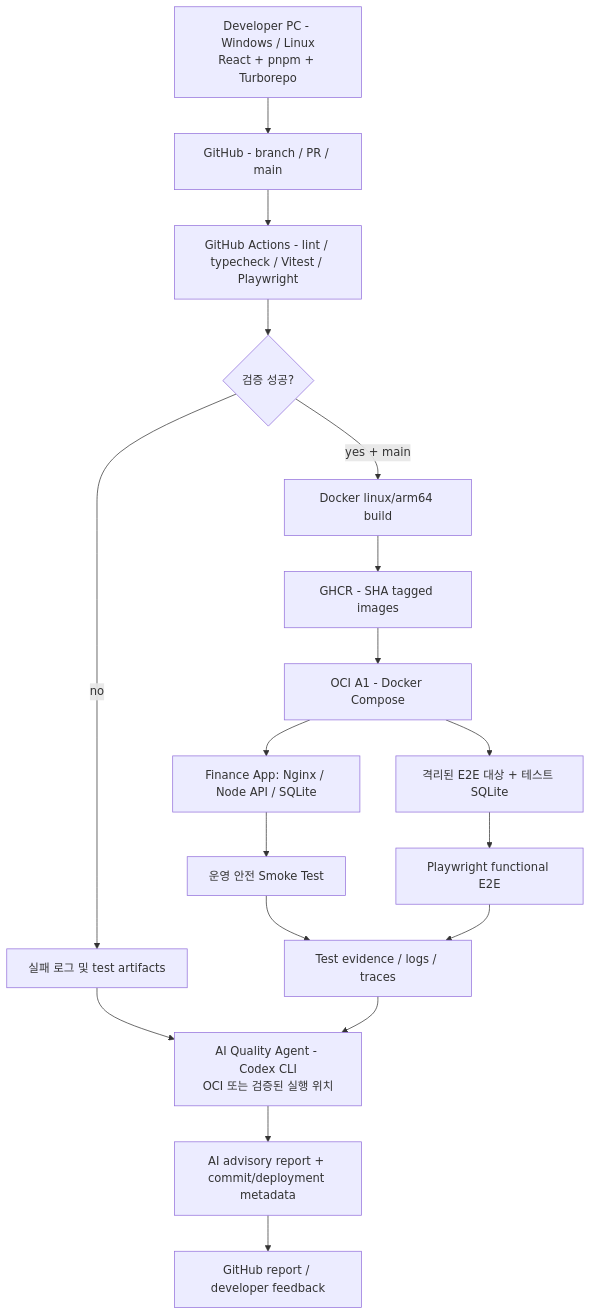
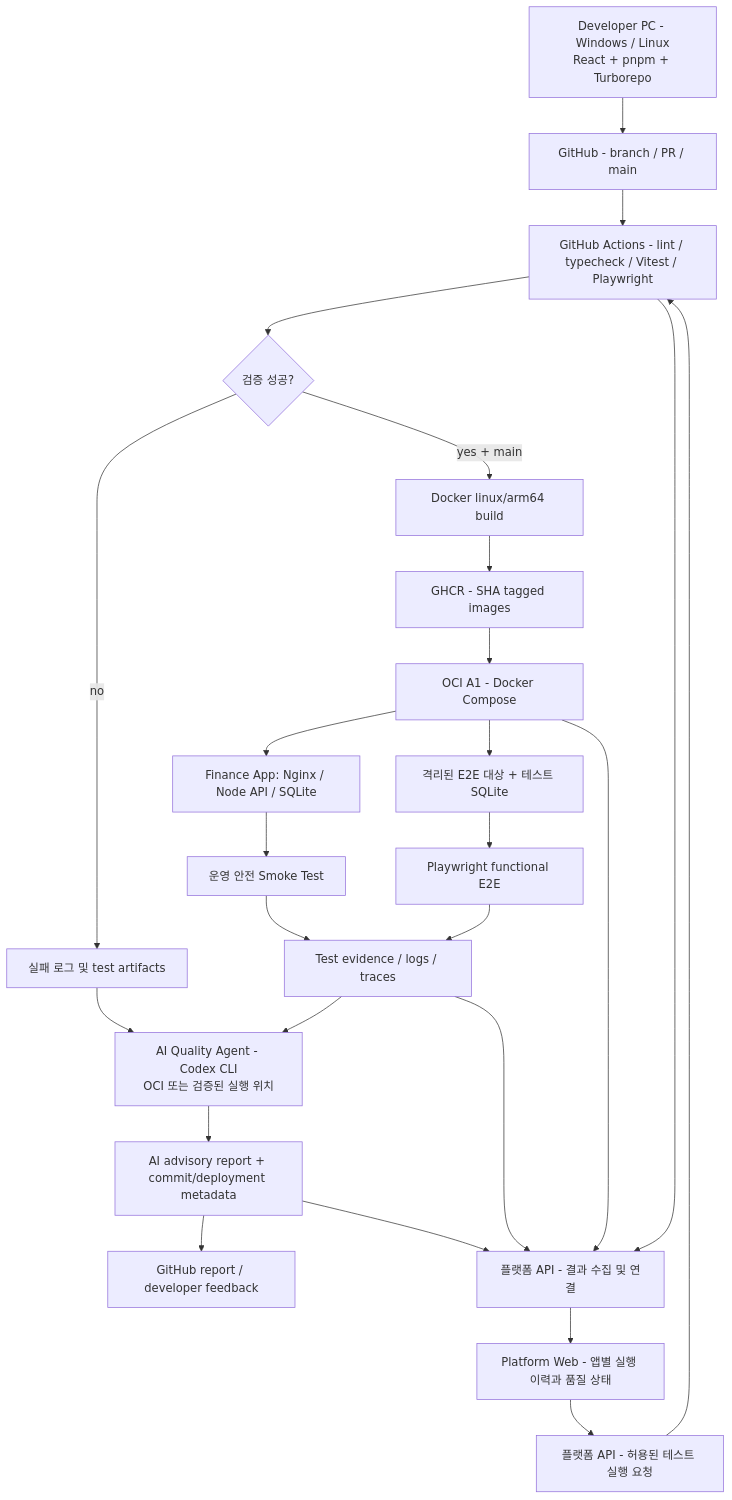
One commit to Vva1111/dev-flow-ops changed the diagram in docs/ARCHITECTURE.md. Above: the diagram before and after it, drawn with Mermaid. The commit also changed other lines of this file and 6 other files, not shown here.

Commit message:
docs: define platform portal scope and monorepo architecture

````diff
--- a/docs/ARCHITECTURE.md
+++ b/docs/ARCHITECTURE.md
@@ -7,20 +7,27 @@
 ```mermaid
 flowchart TD
   DEV[Developer PC - Windows / Linux\nReact + pnpm + Turborepo] --> GH[GitHub - branch / PR / main]
   GH --> CI[GitHub Actions - lint / typecheck / Vitest / Playwright]
   CI --> GATE{검증 성공?}
   GATE -- no --> ART[실패 로그 및 test artifacts]
   ART --> ANALYSIS[AI Quality Agent - Codex CLI\nOCI 또는 검증된 실행 위치]
   GATE -- yes + main --> BUILD[Docker linux/arm64 build]
   BUILD --> REG[GHCR - SHA tagged images]
   REG --> DEPLOY[OCI A1 - Docker Compose]
   DEPLOY --> APP[Finance App: Nginx / Node API / SQLite]
   APP --> SMOKE[운영 안전 Smoke Test]
   DEPLOY --> ISOLATED[격리된 E2E 대상 + 테스트 SQLite]
   ISOLATED --> E2E[Playwright functional E2E]
   SMOKE --> EVIDENCE[Test evidence / logs / traces]
   E2E --> EVIDENCE
   EVIDENCE --> ANALYSIS
   ANALYSIS --> REPORT[AI advisory report + commit/deployment metadata]
   REPORT --> FEEDBACK[GitHub report / developer feedback]
+  CI --> SYNC[플랫폼 API - 결과 수집 및 연결]
+  DEPLOY --> SYNC
+  EVIDENCE --> SYNC
+  REPORT --> SYNC
+  SYNC --> PORTAL[Platform Web - 앱별 실행 이력과 품질 상태]
+  PORTAL --> REQUEST[플랫폼 API - 허용된 테스트 실행 요청]
+  REQUEST --> CI
 ```
````
